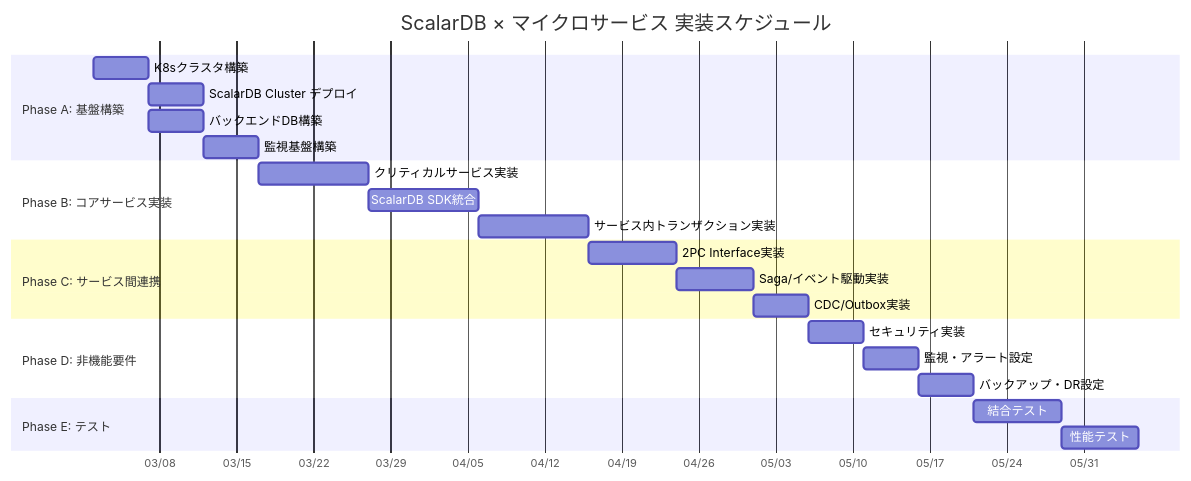
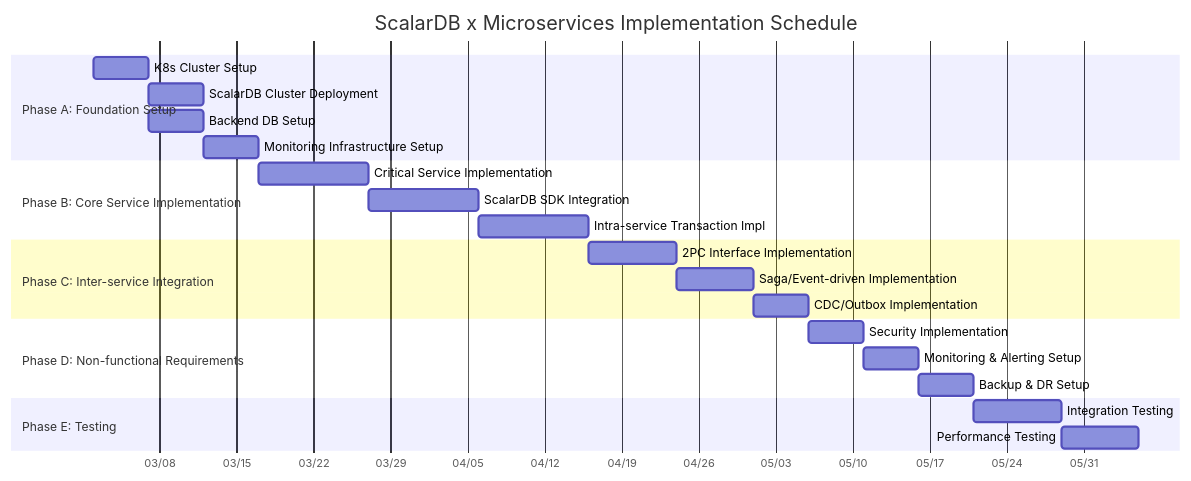
The diagram in workflow/greenfield/11_implementation_guide.md (wfukatsu/nexus-architect), drawn with Mermaid before and after one commit. The commit also changed other lines of this file and 6 other files, not shown here.

````diff
--- a/workflow/greenfield/11_implementation_guide.md
+++ b/workflow/greenfield/11_implementation_guide.md
@@ -33,31 +33,31 @@
 ```mermaid
 gantt
-    title ScalarDB × マイクロサービス 実装スケジュール
+    title ScalarDB x Microservices Implementation Schedule
     dateFormat  YYYY-MM-DD
     axisFormat  %m/%d
 
-    section Phase A: 基盤構築
-    K8sクラスタ構築               :a1, 2026-03-02, 5d
-    ScalarDB Cluster デプロイ     :a2, after a1, 5d
-    バックエンドDB構築             :a3, after a1, 5d
-    監視基盤構築                   :a4, after a2, 5d
+    section Phase A: Foundation Setup
+    K8s Cluster Setup               :a1, 2026-03-02, 5d
+    ScalarDB Cluster Deployment     :a2, after a1, 5d
+    Backend DB Setup                :a3, after a1, 5d
+    Monitoring Infrastructure Setup :a4, after a2, 5d
 
-    section Phase B: コアサービス実装
-    クリティカルサービス実装        :b1, after a4, 10d
-    ScalarDB SDK統合              :b2, after b1, 10d
-    サービス内トランザクション実装  :b3, after b2, 10d
+    section Phase B: Core Service Implementation
+    Critical Service Implementation :b1, after a4, 10d
+    ScalarDB SDK Integration        :b2, after b1, 10d
+    Intra-service Transaction Impl  :b3, after b2, 10d
 
-    section Phase C: サービス間連携
-    2PC Interface実装             :c1, after b3, 8d
-    Saga/イベント駆動実装         :c2, after c1, 7d
-    CDC/Outbox実装               :c3, after c2, 5d
+    section Phase C: Inter-service Integration
+    2PC Interface Implementation    :c1, after b3, 8d
+    Saga/Event-driven Implementation:c2, after c1, 7d
+    CDC/Outbox Implementation       :c3, after c2, 5d
 
-    section Phase D: 非機能要件
-    セキュリティ実装               :d1, after c3, 5d
-    監視・アラート設定             :d2, after d1, 5d
-    バックアップ・DR設定           :d3, after d2, 5d
+    section Phase D: Non-functional Requirements
+    Security Implementation         :d1, after c3, 5d
+    Monitoring & Alerting Setup     :d2, after d1, 5d
+    Backup & DR Setup               :d3, after d2, 5d
 
-    section Phase E: テスト
-    結合テスト                     :e1, after d3, 8d
-    性能テスト                     :e2, after e1, 7d
+    section Phase E: Testing
+    Integration Testing             :e1, after d3, 8d
+    Performance Testing             :e2, after e1, 7d
 ```
````
